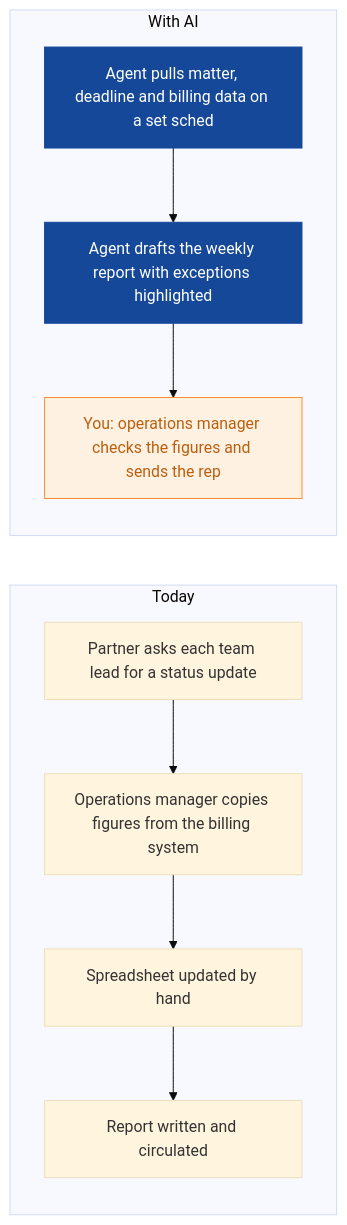
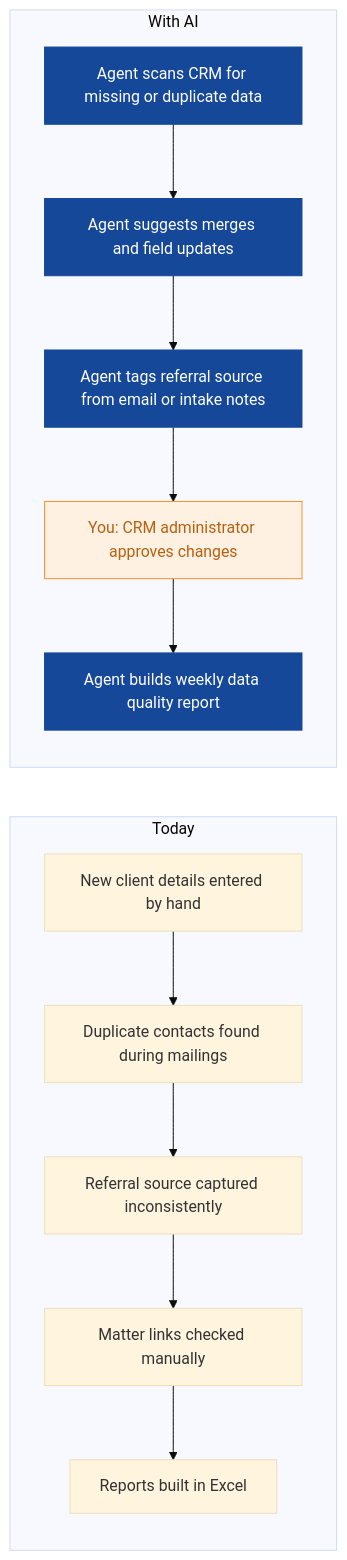
One commit to nexibeo/Complete-AI-Strategy changed the ninth of 9 diagrams in strategies/lumen-legal.md. Above: the diagram before and after it, drawn with Mermaid (base theme). The commit also changed other lines of this file and 26 other files, not shown here.

````diff
--- a/strategies/lumen-legal.md
+++ b/strategies/lumen-legal.md
@@ -270,20 +285,23 @@
 ```mermaid
 flowchart LR
   subgraph Today
-    B0["Partner asks each team lead for a status update"]
-    B1["Operations manager copies figures from the billing system"]
-    B2["Spreadsheet updated by hand"]
-    B3["Report written and circulated"]
-    B0 --> B1 --> B2 --> B3
+    B0["New client details entered by hand"]
+    B1["Duplicate contacts found during mailings"]
+    B2["Referral source captured inconsistently"]
+    B3["Matter links checked manually"]
+    B4["Reports built in Excel"]
+    B0 --> B1 --> B2 --> B3 --> B4
   end
   subgraph WithAI[With AI]
-    A0["Agent pulls matter, deadline and billing data on a set sched"]
-    A1["Agent drafts the weekly report with exceptions highlighted"]
-    A2["You: operations manager checks the figures and sends the rep"]
-    A0 --> A1 --> A2
+    A0["Agent scans CRM for missing or duplicate data"]
+    A1["Agent suggests merges and field updates"]
+    A2["Agent tags referral source from email or intake notes"]
+    A3["You: CRM administrator approves changes"]
+    A4["Agent builds weekly data quality report"]
+    A0 --> A1 --> A2 --> A3 --> A4
   end
   classDef ai fill:#154899,color:#fff,stroke:#154899
   classDef human fill:#FFF1E2,color:#B8600F,stroke:#F98F2C
-  class A0,A1 ai
-  class A2 human
+  class A0,A1,A2,A4 ai
+  class A3 human
 ```
````
